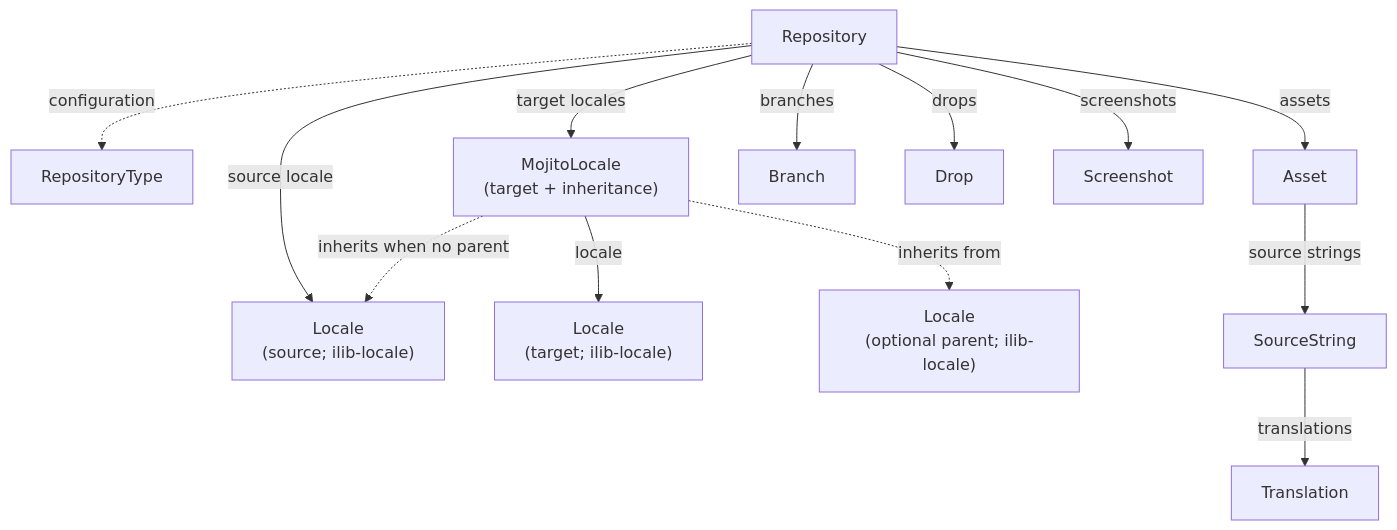
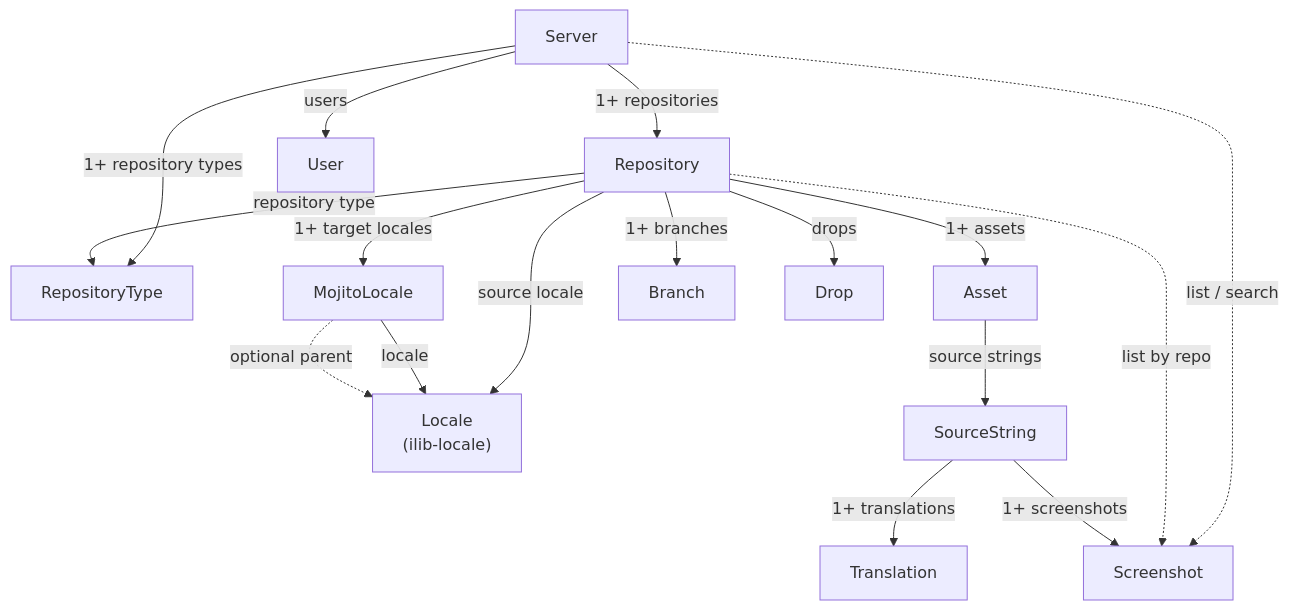
The diagram in packages/mojito-sdk/docs/Architecture.md (iLib-js/ilib-mono), drawn with Mermaid before and after one commit. The commit also changed other lines of this file and 1 other file, not shown here.

First line of the commit message:
Document Server as the root container for top-level collections.

````diff
--- a/packages/mojito-sdk/docs/Architecture.md
+++ b/packages/mojito-sdk/docs/Architecture.md
@@ -106,28 +150,32 @@
 ```mermaid
 flowchart TD
+    Server["Server"]
     Repository["Repository"]
     RepositoryType["RepositoryType"]
-    SourceLocale["Locale<br/>(source; ilib-locale)"]
-    MojitoLocale["MojitoLocale<br/>(target + inheritance)"]
-    TargetLocale["Locale<br/>(target; ilib-locale)"]
-    ParentLocale["Locale<br/>(optional parent; ilib-locale)"]
+    User["User"]
+    Locale["Locale<br/>(ilib-locale)"]
+    MojitoLocale["MojitoLocale"]
     Asset["Asset"]
     Branch["Branch"]
     Drop["Drop"]
     Screenshot["Screenshot"]
     SourceString["SourceString"]
     Translation["Translation"]
 
-    Repository -. "configuration" .-> RepositoryType
-    Repository -->|"source locale"| SourceLocale
-    Repository -->|"target locales"| MojitoLocale
-    MojitoLocale -->|"locale"| TargetLocale
-    MojitoLocale -. "inherits from" .-> ParentLocale
-    MojitoLocale -. "inherits when no parent" .-> SourceLocale
-    Repository -->|"assets"| Asset
-    Repository -->|"branches"| Branch
+    Server -->|"1+ repositories"| Repository
+    Server -->|"1+ repository types"| RepositoryType
+    Server -->|"users"| User
+    Server -.->|"list / search"| Screenshot
+    Repository -->|"repository type"| RepositoryType
+    Repository -->|"source locale"| Locale
+    Repository -->|"1+ target locales"| MojitoLocale
+    MojitoLocale -->|"locale"| Locale
+    MojitoLocale -.->|"optional parent"| Locale
+    Repository -->|"1+ assets"| Asset
+    Repository -->|"1+ branches"| Branch
     Repository -->|"drops"| Drop
-    Repository -->|"screenshots"| Screenshot
+    Repository -.->|"list by repo"| Screenshot
     Asset -->|"source strings"| SourceString
-    SourceString -->|"translations"| Translation
+    SourceString -->|"1+ translations"| Translation
+    SourceString -->|"1+ screenshots"| Screenshot
 ```
````
